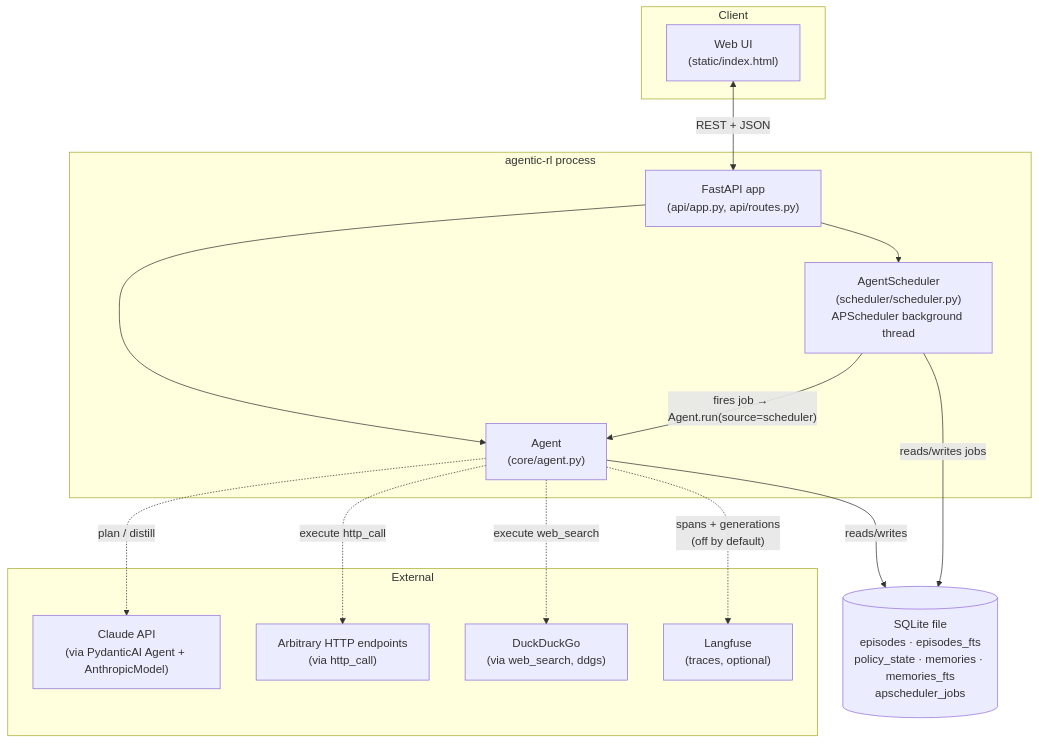
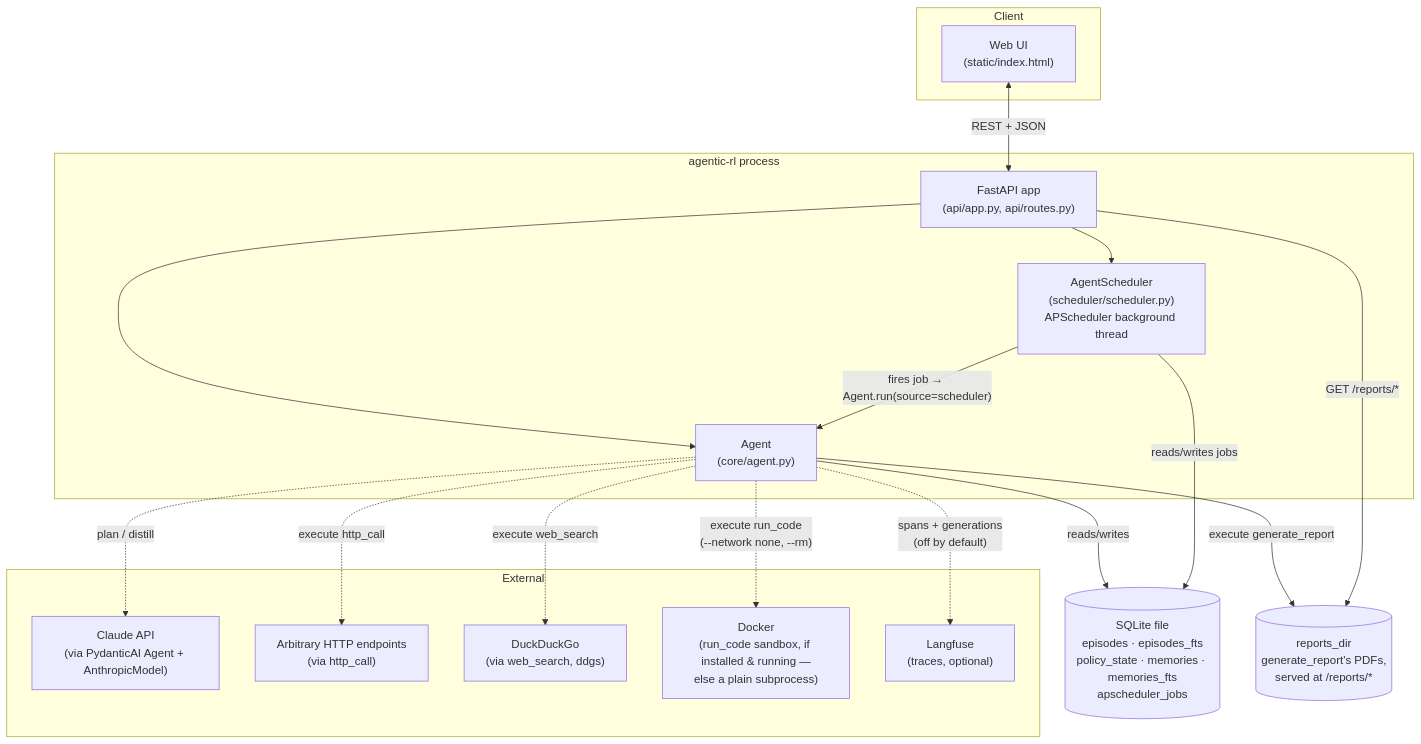
The first of 6 diagrams in docs/ARCHITECTURE.md (nadermedhet148/agentic-rl), drawn with Mermaid before and after one commit. The commit also changed other lines of this file and 18 other files, not shown here.

Commit message:
feat: introduce agent core, capabilities, API, tests, and documentation

````diff
--- a/docs/ARCHITECTURE.md
+++ b/docs/ARCHITECTURE.md
@@ -15,32 +17,37 @@
 ```mermaid
 graph TB
     subgraph Client
         UI["Web UI<br/>(static/index.html)"]
     end
 
     subgraph Process["agentic-rl process"]
         API["FastAPI app<br/>(api/app.py, api/routes.py)"]
         Agent["Agent<br/>(core/agent.py)"]
         Sched["AgentScheduler<br/>(scheduler/scheduler.py)<br/>APScheduler background thread"]
     end
 
     subgraph External
         Claude["Claude API<br/>(via PydanticAI Agent + AnthropicModel)"]
         HTTP["Arbitrary HTTP endpoints<br/>(via http_call)"]
         DDG["DuckDuckGo<br/>(via web_search, ddgs)"]
+        Docker["Docker<br/>(run_code sandbox, if installed & running —<br/>else a plain subprocess)"]
         Langfuse["Langfuse<br/>(traces, optional)"]
     end
 
     DB[("SQLite file<br/>episodes · episodes_fts<br/>policy_state · memories · memories_fts<br/>apscheduler_jobs")]
+    Reports[("reports_dir<br/>generate_report's PDFs,<br/>served at /reports/*")]
 
     UI <-->|"REST + JSON"| API
     API --> Agent
     API --> Sched
     Sched -->|"fires job → Agent.run(source=scheduler)"| Agent
     Agent -->|reads/writes| DB
     Sched -->|reads/writes jobs| DB
     Agent -.->|plan / distill| Claude
     Agent -.->|execute http_call| HTTP
     Agent -.->|execute web_search| DDG
+    Agent -.->|"execute run_code<br/>(--network none, --rm)"| Docker
+    Agent -->|execute generate_report| Reports
+    API -->|"GET /reports/*"| Reports
     Agent -.->|"spans + generations<br/>(off by default)"| Langfuse
 ```
````
